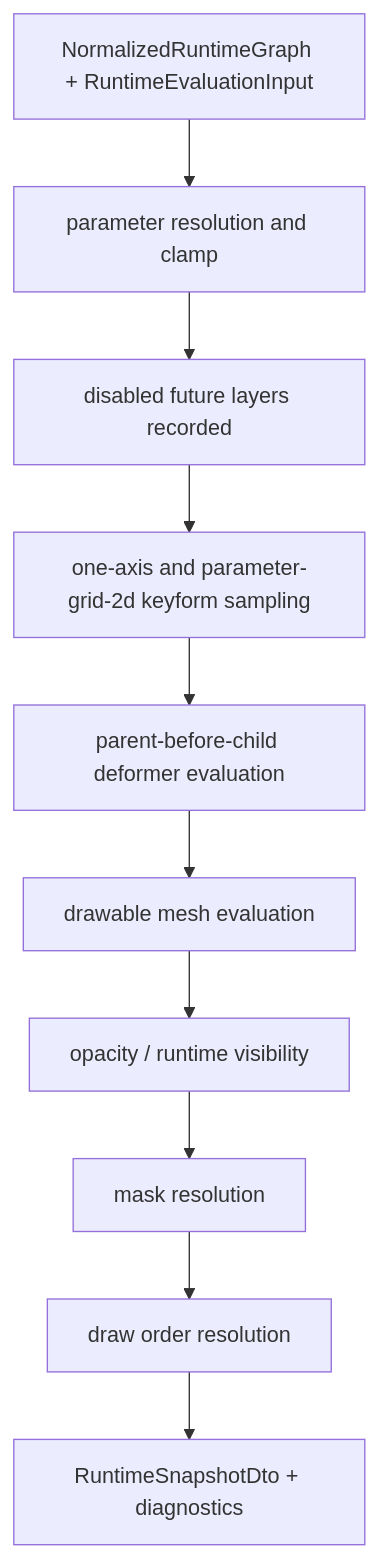
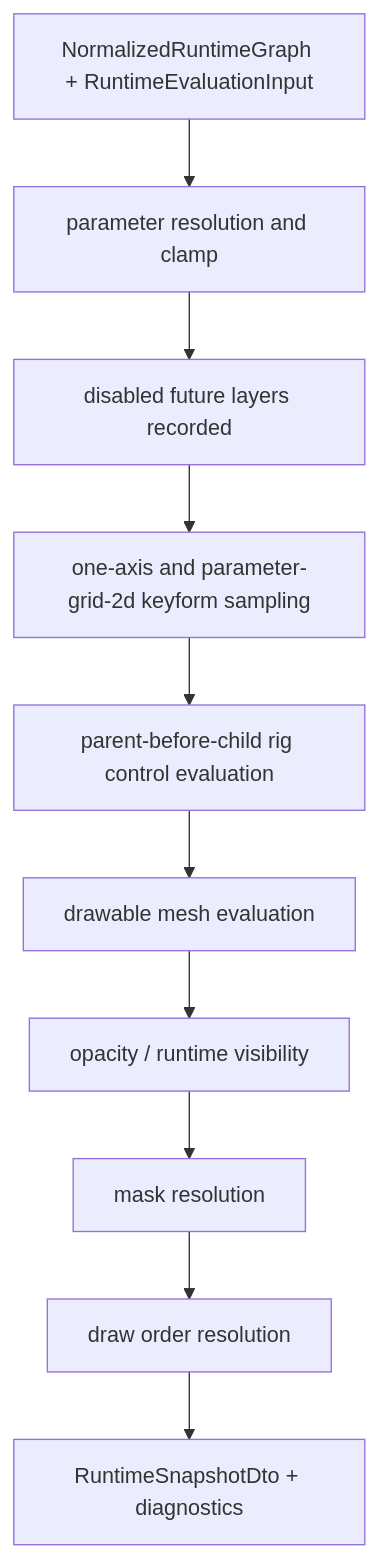
One commit to remie-code/2d-rigging-lab changed the diagram in discussion/design/module-contracts/runtime-core-contract.md. Above: the diagram before and after it, drawn with Mermaid. The commit also changed other lines of this file and 113 other files, not shown here.

````diff
--- a/discussion/design/module-contracts/runtime-core-contract.md
+++ b/discussion/design/module-contracts/runtime-core-contract.md
@@ -369,12 +369,12 @@
 ```mermaid
 flowchart TB
   input[NormalizedRuntimeGraph + RuntimeEvaluationInput] --> params[parameter resolution and clamp]
   params --> future[disabled future layers recorded]
   future --> keyforms[one-axis and parameter-grid-2d keyform sampling]
-  keyforms --> deformers[parent-before-child deformer evaluation]
-  deformers --> mesh[drawable mesh evaluation]
+  keyforms --> rigControls[parent-before-child rig control evaluation]
+  rigControls --> mesh[drawable mesh evaluation]
   mesh --> opacity[opacity / runtime visibility]
   opacity --> mask[mask resolution]
   mask --> drawOrder[draw order resolution]
   drawOrder --> snapshot[RuntimeSnapshotDto + diagnostics]
 ```
````
